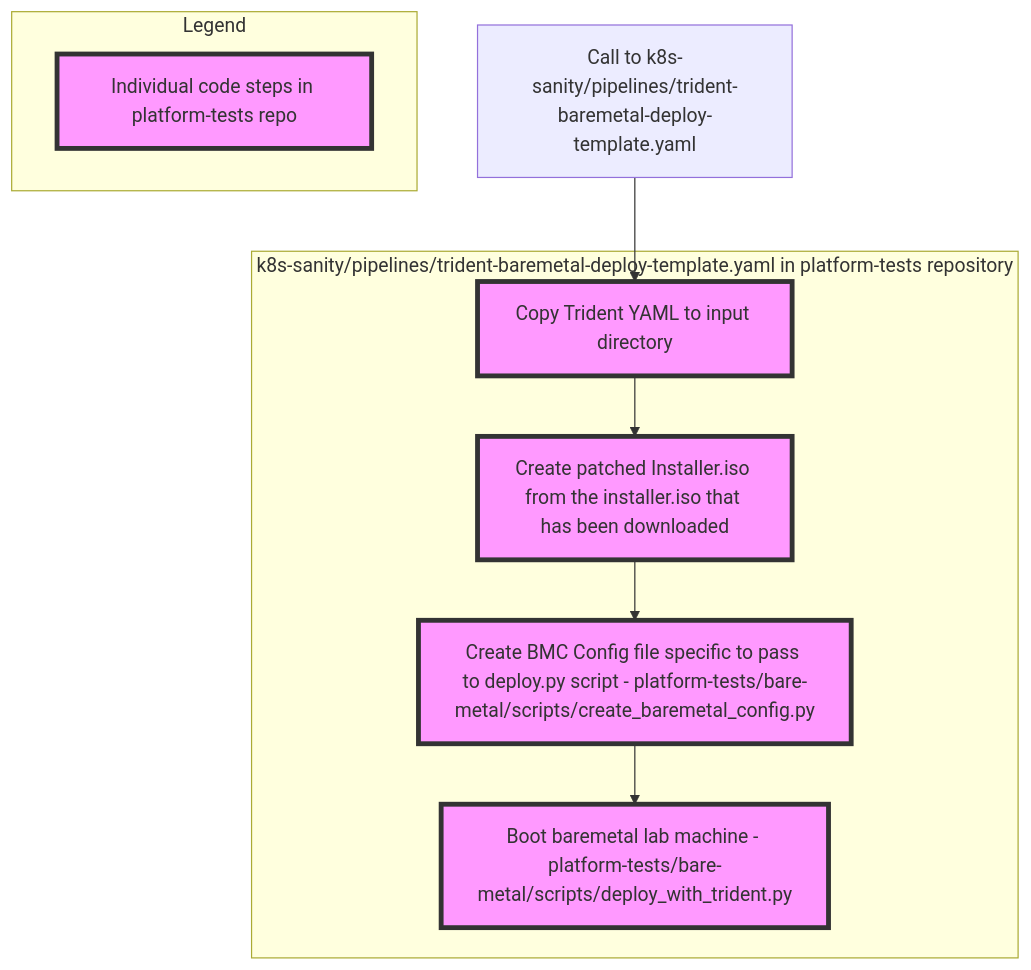
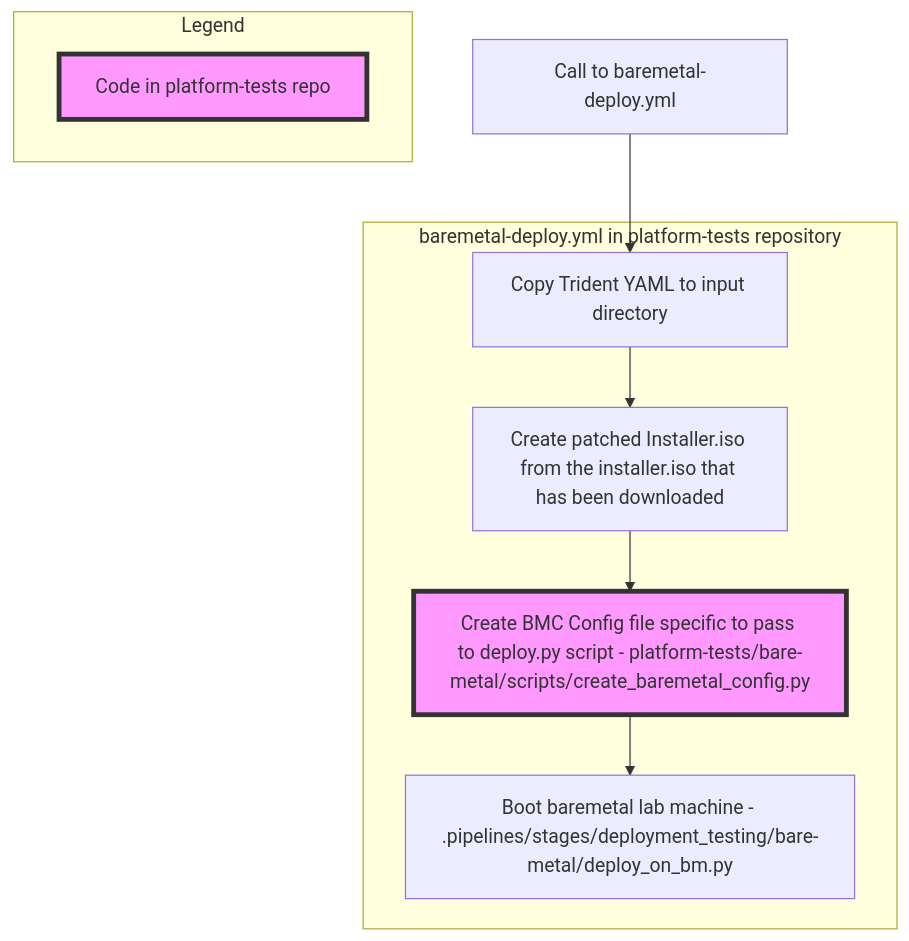
The diagram in dev-docs/diagrams/deploy-baremetal-environment.mmd (microsoft/trident), drawn with Mermaid before and after one commit. The commit also changed 13 other files, not shown here.

```diff
--- a/dev-docs/diagrams/deploy-baremetal-environment.mmd
+++ b/dev-docs/diagrams/deploy-baremetal-environment.mmd
@@ -1,13 +1,13 @@
 graph TD
 classDef Purple fill:#f9f,stroke:#333,stroke-width:4px;
-L0[Call to k8s-sanity/pipelines/trident-baremetal-deploy-template.yaml] --> L1[Copy Trident YAML to input directory] 
-subgraph k8s-sanity/pipelines/trident-baremetal-deploy-template.yaml in platform-tests repository
+L0[Call to baremetal-deploy.yml] --> L1[Copy Trident YAML to input directory] 
+subgraph baremetal-deploy.yml in platform-tests repository
     L1 --> L2[Create patched Installer.iso from the installer.iso that has been downloaded]
     L2 --> L3[Create BMC Config file specific to pass to deploy.py script - platform-tests/bare-metal/scripts/create_baremetal_config.py]
-    L3 --> L4[Boot baremetal lab machine - platform-tests/bare-metal/scripts/deploy_with_trident.py]
-    class L1,L2,L3,L4 Purple; 
+    L3 --> L4[Boot baremetal lab machine - .pipelines/stages/deployment_testing/bare-metal/deploy_on_bm.py]
+    class L3 Purple; 
 end
 subgraph Legend
-    LE1[Individual code steps in platform-tests repo]
+    LE1[Code in platform-tests repo]
     class LE1 Purple;
 end
```
